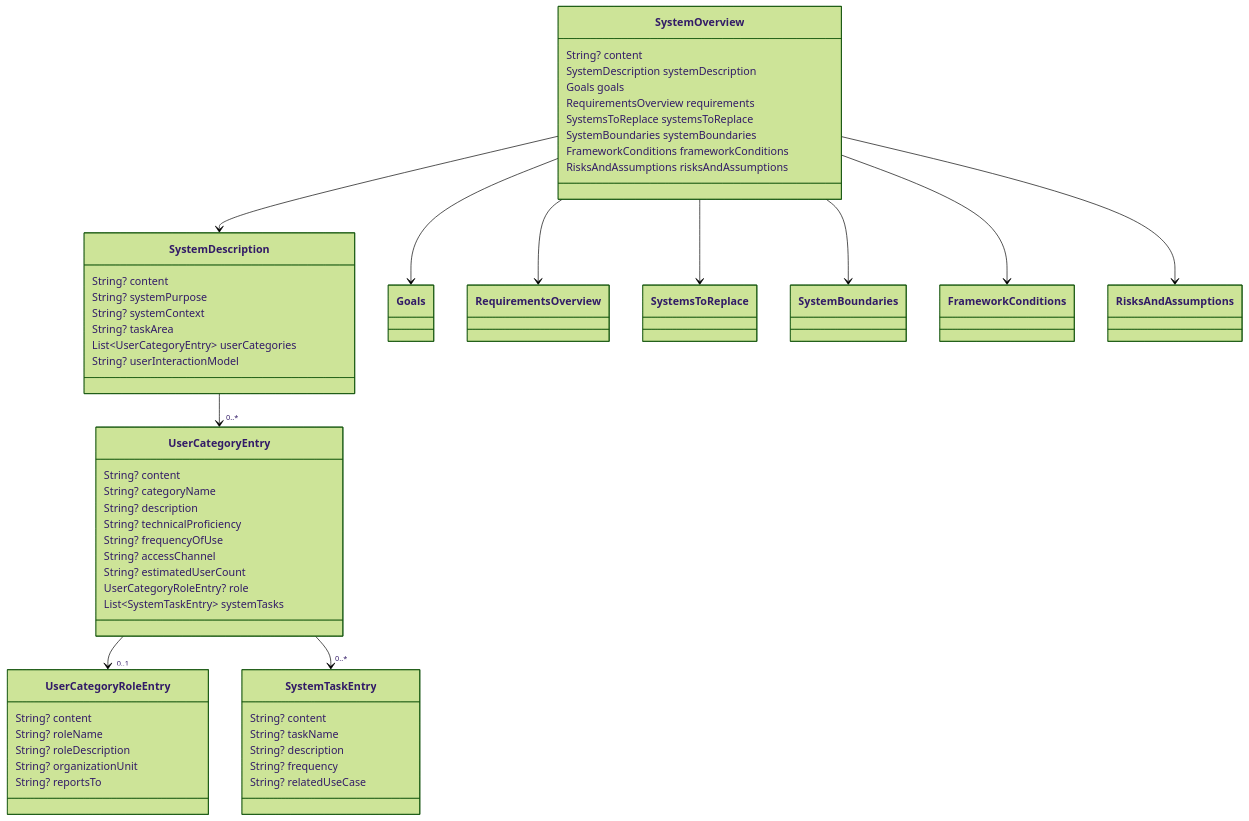
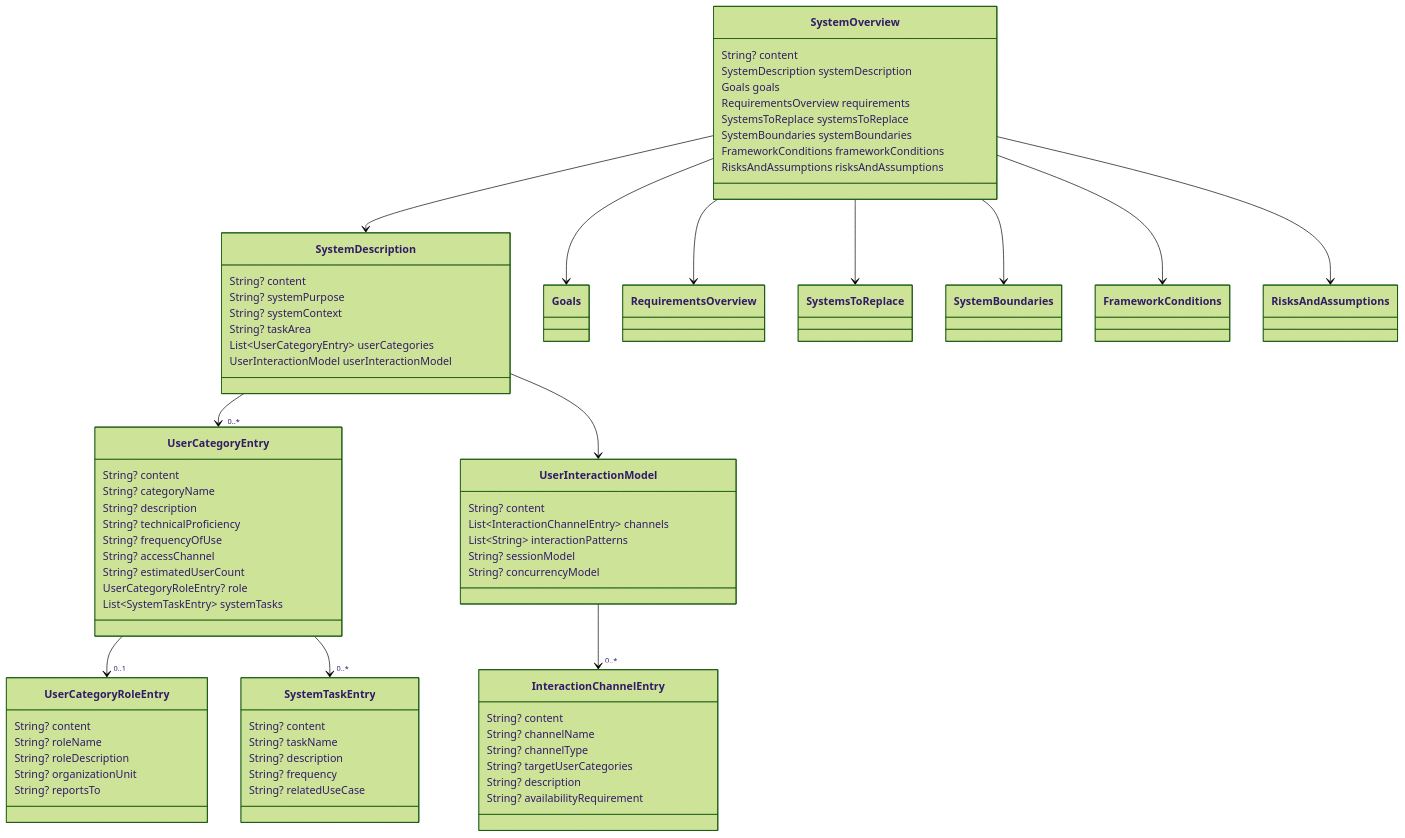
One commit to al-the-bear/tom_ai_build changed the sixth of 22 diagrams in tom_specs_model/doc/pd_project_definition_model.md. Above: the diagram before and after it, drawn with Mermaid (forest theme). The commit also changed other lines of this file and 15 other files, not shown here.

````diff
--- a/tom_specs_model/doc/pd_project_definition_model.md
+++ b/tom_specs_model/doc/pd_project_definition_model.md
@@ -391,61 +450,80 @@
 ```mermaid
 classDiagram
     class SystemOverview {
         String? content
         SystemDescription systemDescription
         Goals goals
         RequirementsOverview requirements
         SystemsToReplace systemsToReplace
         SystemBoundaries systemBoundaries
         FrameworkConditions frameworkConditions
         RisksAndAssumptions risksAndAssumptions
     }
 
     class SystemDescription {
         String? content
         String? systemPurpose
         String? systemContext
         String? taskArea
         List~UserCategoryEntry~ userCategories
-        String? userInteractionModel
+        UserInteractionModel userInteractionModel
+    }
+
+    class UserInteractionModel {
+        String? content
+        List~InteractionChannelEntry~ channels
+        List~String~ interactionPatterns
+        String? sessionModel
+        String? concurrencyModel
+    }
+
+    class InteractionChannelEntry {
+        String? content
+        String? channelName
+        String? channelType
+        String? targetUserCategories
+        String? description
+        String? availabilityRequirement
     }
 
     class UserCategoryEntry {
         String? content
         String? categoryName
         String? description
         String? technicalProficiency
         String? frequencyOfUse
         String? accessChannel
         String? estimatedUserCount
         UserCategoryRoleEntry? role
         List~SystemTaskEntry~ systemTasks
     }
 
     class UserCategoryRoleEntry {
         String? content
         String? roleName
         String? roleDescription
         String? organizationUnit
         String? reportsTo
     }
 
     class SystemTaskEntry {
         String? content
         String? taskName
         String? description
         String? frequency
         String? relatedUseCase
     }
 
     SystemOverview --> SystemDescription
     SystemOverview --> Goals
     SystemOverview --> RequirementsOverview
     SystemOverview --> SystemsToReplace
     SystemOverview --> SystemBoundaries
     SystemOverview --> FrameworkConditions
     SystemOverview --> RisksAndAssumptions
     SystemDescription --> "0..*" UserCategoryEntry
+    SystemDescription --> UserInteractionModel
+    UserInteractionModel --> "0..*" InteractionChannelEntry
     UserCategoryEntry --> "0..1" UserCategoryRoleEntry
     UserCategoryEntry --> "0..*" SystemTaskEntry
 ```
````
